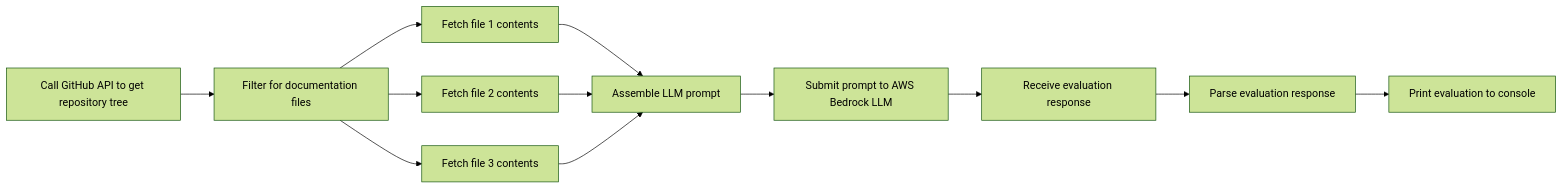
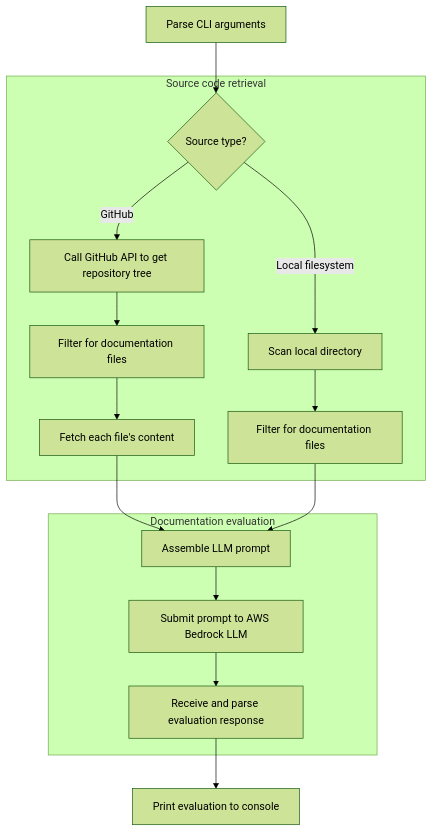
The diagram in README.md (guardian/hackday-ever-elusive-kudo), drawn with Mermaid (forest theme) before and after one commit. The commit also changed other lines of this file and 4 other files, not shown here.

````diff
--- a/README.md
+++ b/README.md
@@ -53,14 +55,26 @@
 ```mermaid
-flowchart LR
-    A[Call GitHub API to get repository tree] --> B[Filter for documentation files]
-    B --> C1[Fetch file 1 contents]
-    B --> C2[Fetch file 2 contents]
-    B --> C3[Fetch file 3 contents]
-    C1 --> D[Assemble LLM prompt]
-    C2 --> D[Assemble LLM prompt]
-    C3 --> D[Assemble LLM prompt]
-    D --> E[Submit prompt to AWS Bedrock LLM]
-    E --> F[Receive evaluation response]
-    F --> G[Parse evaluation response]
-    G --> H[Print evaluation to console]
+flowchart TD
+    Start[Parse CLI arguments] --> SourceTypeDecision{Source type?}
+
+    subgraph sourceCodeRetrieval["Source code retrieval"]
+    %% GitHub
+        SourceTypeDecision -->|GitHub| A1["Call GitHub API to get repository tree"]
+        A1 --> B1["Filter for documentation files"]
+        B1 --> C1["Fetch each file's content"]
+
+    %% Local filesystem
+        SourceTypeDecision -->|Local filesystem| A2["Scan local directory"]
+        A2 --> B2["Filter for documentation files"]
+    end
+
+    C1 --> D
+    B2 --> D
+
+    subgraph docsEvaluation["Documentation evaluation"]
+        D["Assemble LLM prompt"]
+        D --> E["Submit prompt to AWS Bedrock LLM"]
+        E --> F["Receive and parse evaluation response"]
+    end
+
+    F --> G["Print evaluation to console"]
 ```
````
